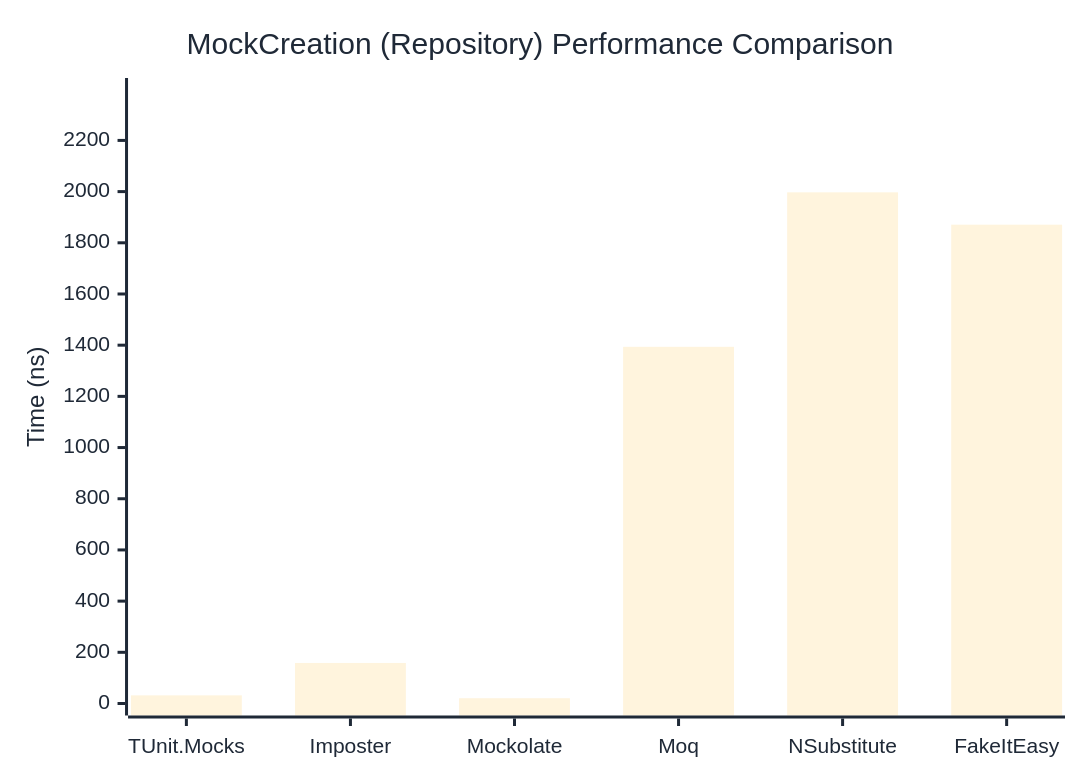
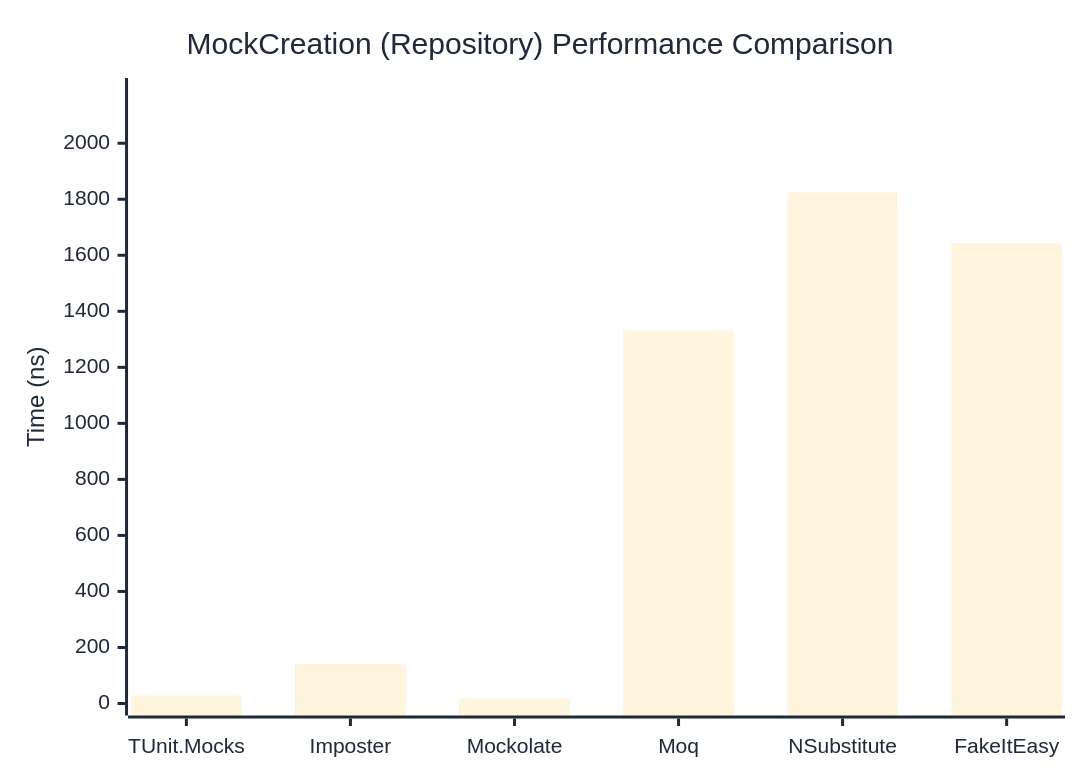
The second of 2 diagrams in docs/docs/benchmarks/mocks/MockCreation.md (thomhurst/TUnit), drawn with Mermaid before and after one commit. The commit also changed other lines of this file and 14 other files, not shown here.

````diff
--- a/docs/docs/benchmarks/mocks/MockCreation.md
+++ b/docs/docs/benchmarks/mocks/MockCreation.md
@@ -71,27 +71,27 @@
 ```mermaid
 %%{init: {
   'theme':'base',
   'themeVariables': {
     'primaryColor': '#2563eb',
     'primaryTextColor': '#1f2937',
     'primaryBorderColor': '#1e40af',
     'lineColor': '#6b7280',
     'secondaryColor': '#7c3aed',
     'tertiaryColor': '#dc2626',
     'background': '#ffffff',
     'pie1': '#2563eb',
     'pie2': '#7c3aed',
     'pie3': '#dc2626',
     'pie4': '#f59e0b',
     'pie5': '#10b981',
     'pie6': '#06b6d4',
     'pie7': '#ec4899',
     'pie8': '#6366f1'
   }
 }}%%
 xychart-beta
   title "MockCreation (Repository) Performance Comparison"
   x-axis ["TUnit.Mocks", "Imposter", "Mockolate", "Moq", "NSubstitute", "FakeItEasy"]
-  y-axis "Time (ns)" 0 --> 2397
-  bar [31.76, 158.42, 20.63, 1393.56, 1997.15, 1870.83]
+  y-axis "Time (ns)" 0 --> 2190
+  bar [28.45, 140.91, 17.63, 1331.57, 1824.31, 1642.8]
 ```
````
